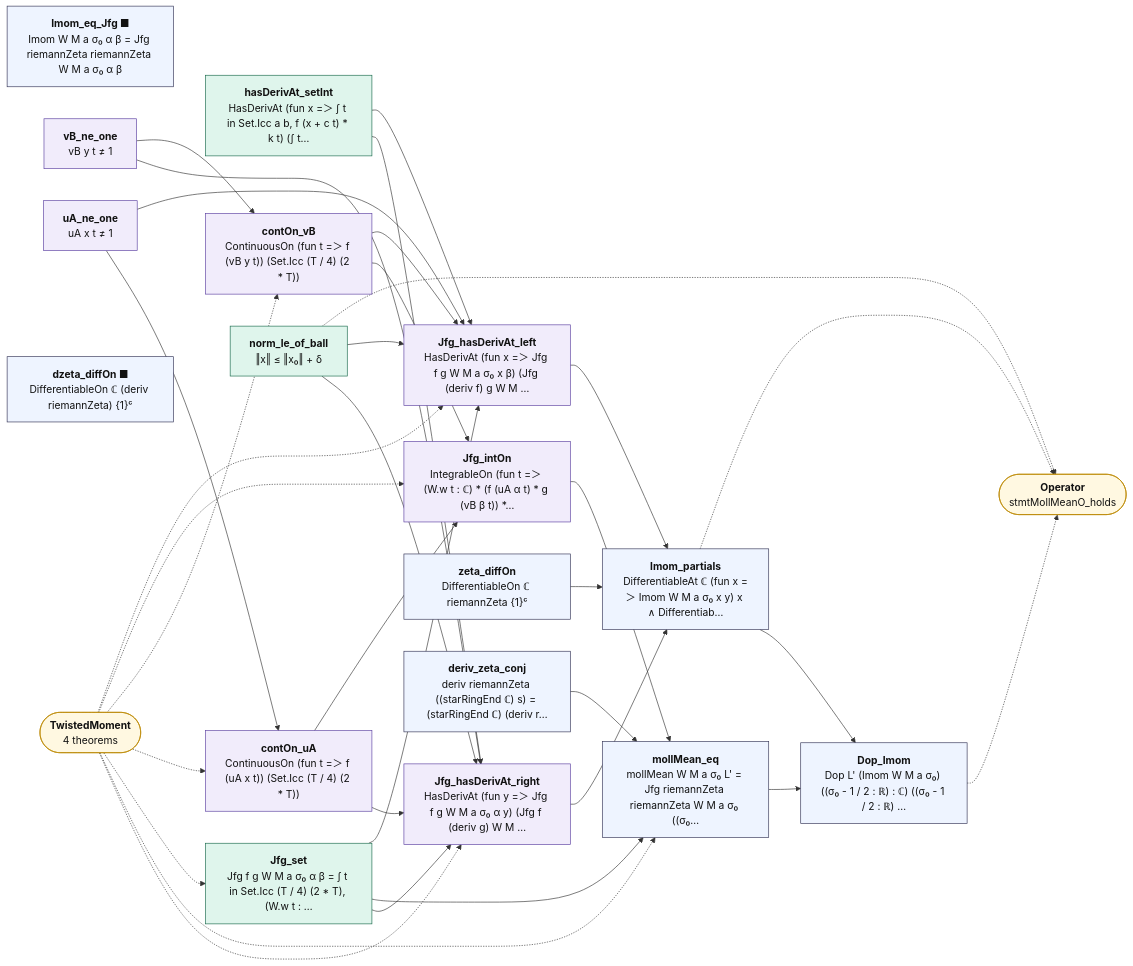
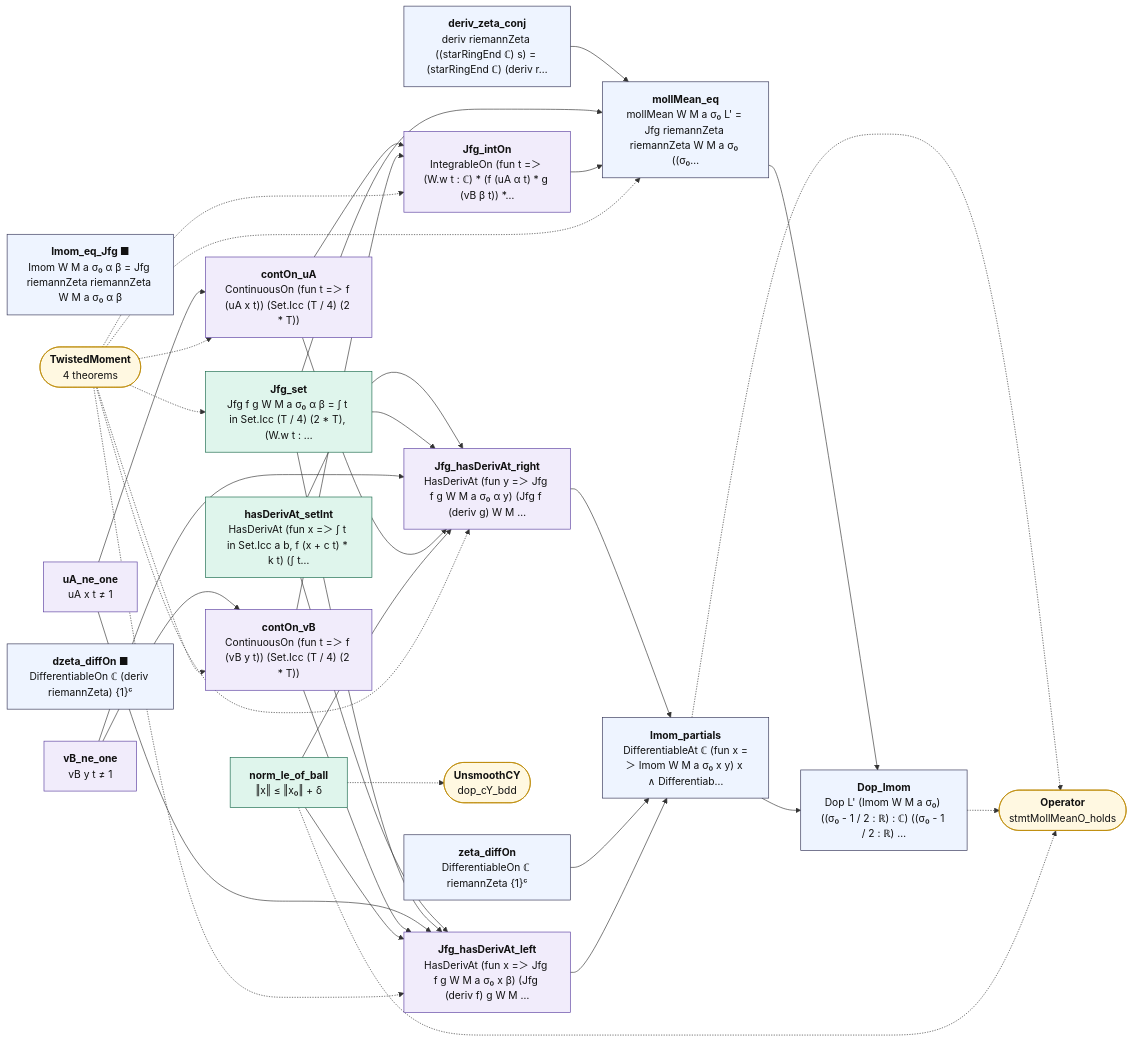
Before and after one commit to juliansambranojr/Primebeat_081426: the diagram in map/lean_stage3/OperatorInt.md, drawn with Mermaid. The commit also changed other lines of this file and 36 other files, not shown here.

````diff
--- a/map/lean_stage3/OperatorInt.md
+++ b/map/lean_stage3/OperatorInt.md
@@ -14,62 +14,64 @@
 ```mermaid
 flowchart LR
   n0["<b>hasDerivAt_setInt</b><br/>HasDerivAt (fun x =＞ ∫ t in Set.Icc a b, f (x + c t) * k t) (∫ t…"]:::cnt
   n1["<b>Imom_eq_Jfg ■</b><br/>Imom W M a σ₀ α β = Jfg riemannZeta riemannZeta W M a σ₀ α β"]:::thm
   n2["<b>Jfg_set</b><br/>Jfg f g W M a σ₀ α β = ∫ t in Set.Icc (T / 4) (2 * T), (W.w t : …"]:::cnt
   n3["<b>uA_ne_one</b><br/>uA x t ≠ 1"]:::shp
   n4["<b>vB_ne_one</b><br/>vB y t ≠ 1"]:::shp
   n5["<b>contOn_uA</b><br/>ContinuousOn (fun t =＞ f (uA x t)) (Set.Icc (T / 4) (2 * T))"]:::shp
   n6["<b>contOn_vB</b><br/>ContinuousOn (fun t =＞ f (vB y t)) (Set.Icc (T / 4) (2 * T))"]:::shp
   n7["<b>Jfg_intOn</b><br/>IntegrableOn (fun t =＞ (W.w t : ℂ) * (f (uA α t) * g (vB β t)) *…"]:::shp
   n8["<b>norm_le_of_ball</b><br/>‖x‖ ≤ ‖x₀‖ + δ"]:::cnt
   n9["<b>Jfg_hasDerivAt_left</b><br/>HasDerivAt (fun x =＞ Jfg f g W M a σ₀ x β) (Jfg (deriv f) g W M …"]:::shp
   n10["<b>Jfg_hasDerivAt_right</b><br/>HasDerivAt (fun y =＞ Jfg f g W M a σ₀ α y) (Jfg f (deriv g) W M …"]:::shp
   n11["<b>zeta_diffOn</b><br/>DifferentiableOn ℂ riemannZeta {1}ᶜ"]:::thm
   n12["<b>dzeta_diffOn ■</b><br/>DifferentiableOn ℂ (deriv riemannZeta) {1}ᶜ"]:::thm
   n13["<b>deriv_zeta_conj</b><br/>deriv riemannZeta ((starRingEnd ℂ) s) = (starRingEnd ℂ) (deriv r…"]:::thm
   n14["<b>mollMean_eq</b><br/>mollMean W M a σ₀ L' = Jfg riemannZeta riemannZeta W M a σ₀ ((σ₀…"]:::thm
   n15["<b>Imom_partials</b><br/>DifferentiableAt ℂ (fun x =＞ Imom W M a σ₀ x y) x ∧ Differentiab…"]:::thm
   n16["<b>Dop_Imom</b><br/>Dop L' (Imom W M a σ₀) ((σ₀ - 1 / 2 : ℝ) : ℂ) ((σ₀ - 1 / 2 : ℝ) …"]:::thm
   x0(["<b>TwistedMoment</b><br/>4 theorems"]):::ext
   x1(["<b>Operator</b><br/>stmtMollMeanO_holds"]):::ext
+  x2(["<b>UnsmoothCY</b><br/>dop_cY_bdd"]):::ext
   n0 --> n10
   n0 --> n9
   n10 --> n15
   n11 --> n15
   n13 --> n14
   n14 --> n16
   n15 --> n16
   n2 --> n10
   n2 --> n14
   n2 --> n9
   n3 --> n5
   n3 --> n9
   n4 --> n10
   n4 --> n6
   n5 --> n10
   n5 --> n7
   n6 --> n7
   n6 --> n9
   n7 --> n14
   n8 --> n10
   n8 --> n9
   n9 --> n15
   n15 -.-> x1
   n16 -.-> x1
   n8 -.-> x1
+  n8 -.-> x2
   x0 -.-> n10
   x0 -.-> n14
   x0 -.-> n2
   x0 -.-> n5
   x0 -.-> n6
   x0 -.-> n7
   x0 -.-> n9
   classDef cnt fill:#dff5ec,stroke:#17694a,color:#111
   classDef shp fill:#f1ecfb,stroke:#5b3fa0,color:#111
   classDef rh fill:#ffe5e5,stroke:#c22,color:#111,stroke-width:2px
   classDef thm fill:#eef4ff,stroke:#335,color:#111
   classDef end_ fill:#e7f7e7,stroke:#2a7,color:#111,stroke-width:2px
   classDef lone fill:#fff,stroke:#999,color:#111,stroke-dasharray:4 3
   classDef bad fill:#ffe5e5,stroke:#c22,color:#111,stroke-width:2px
   classDef ext fill:#fff8e1,stroke:#b80,color:#111
 ```
````
